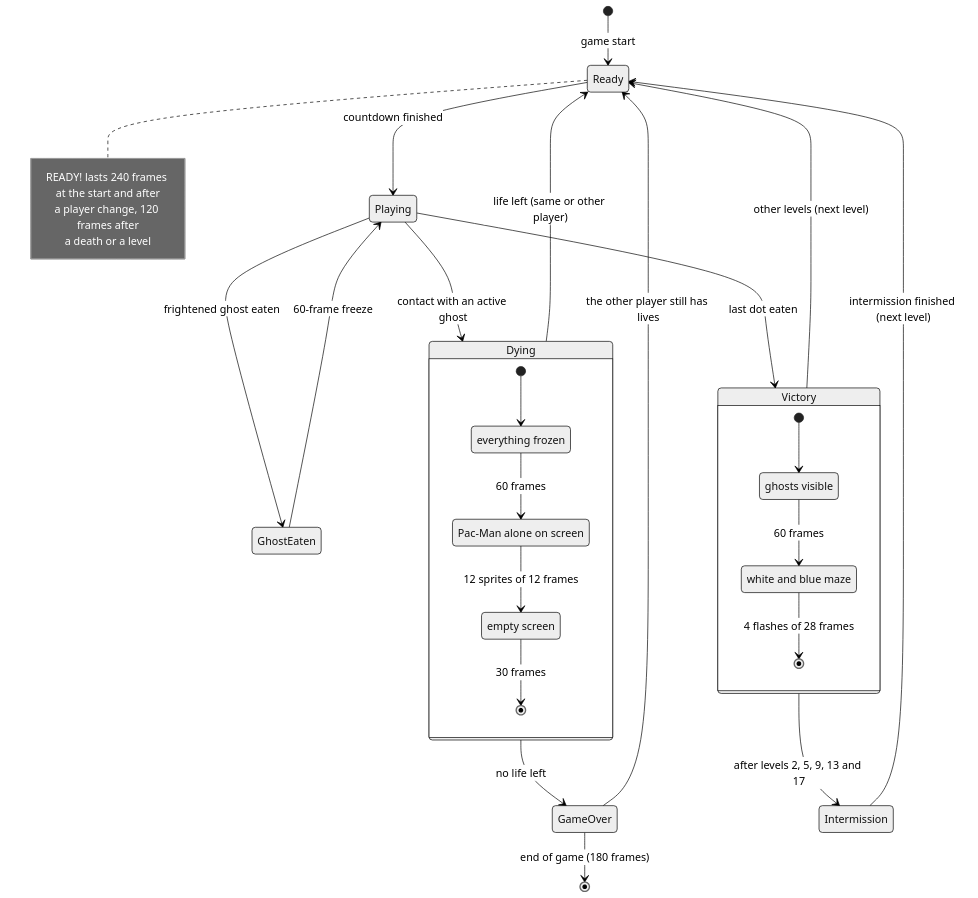
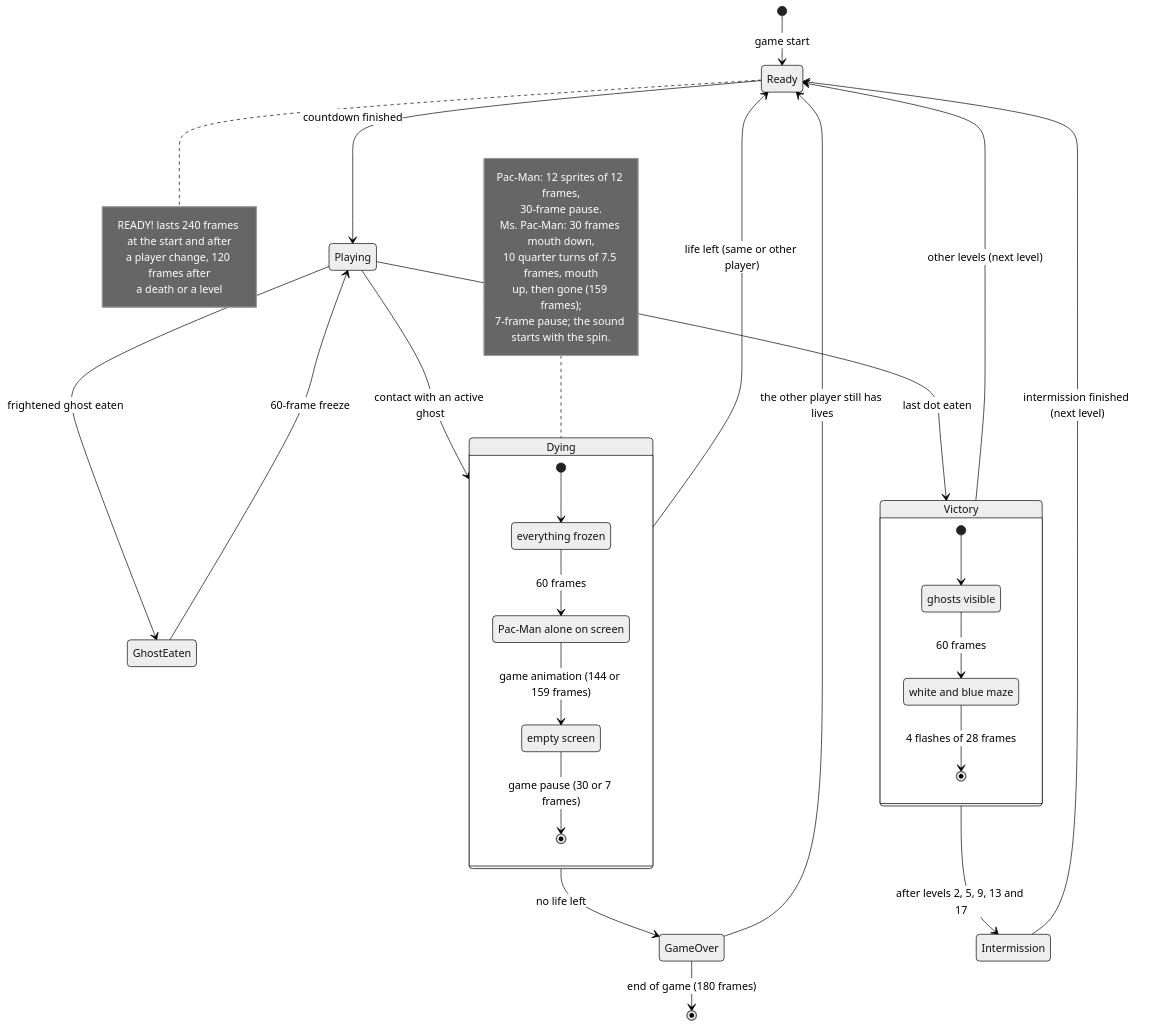
Before and after one commit to Telev78/pacman: diagram 13 of 31 in docs/Pacman_UML_and_State_Diagrams_EN.md, drawn with Mermaid (neutral theme). The commit also changed other lines of this file and 173 other files, not shown here.

````diff
--- a/docs/Pacman_UML_and_State_Diagrams_EN.md
+++ b/docs/Pacman_UML_and_State_Diagrams_EN.md
@@ -876,37 +1156,45 @@
 ```mermaid
 stateDiagram-v2
   [*] --> Ready : game start
   Ready --> Playing : countdown finished
   Playing --> GhostEaten : frightened ghost eaten
   GhostEaten --> Playing : 60-frame freeze
   Playing --> Dying : contact with an active ghost
   Playing --> Victory : last dot eaten
   state Dying {
     [*] --> DeathFreeze
     DeathFreeze --> DeathAnimation : 60 frames
-    DeathAnimation --> DeathPause : 12 sprites of 12 frames
-    DeathPause --> [*] : 30 frames
+    DeathAnimation --> DeathPause : game animation (144 or 159 frames)
+    DeathPause --> [*] : game pause (30 or 7 frames)
     DeathFreeze : everything frozen
     DeathAnimation : Pac-Man alone on screen
     DeathPause : empty screen
   }
+  note left of Dying
+    Pac-Man: 12 sprites of 12 frames,
+    30-frame pause.
+    Ms. Pac-Man: 30 frames mouth down,
+    10 quarter turns of 7.5 frames, mouth
+    up, then gone (159 frames);
+    7-frame pause; the sound starts with the spin.
+  end note
   Dying --> Ready : life left (same or other player)
   Dying --> GameOver : no life left
   GameOver --> Ready : the other player still has lives
   GameOver --> [*] : end of game (180 frames)
   state Victory {
     [*] --> VictoryFreeze
     VictoryFreeze --> Flashing : 60 frames
     Flashing --> [*] : 4 flashes of 28 frames
     VictoryFreeze : ghosts visible
     Flashing : white and blue maze
   }
   Victory --> Intermission : after levels 2, 5, 9, 13 and 17
   Victory --> Ready : other levels (next level)
   Intermission --> Ready : intermission finished (next level)
   note right of Ready
     READY! lasts 240 frames at the start and after
     a player change, 120 frames after
     a death or a level
   end note
 ```
````
